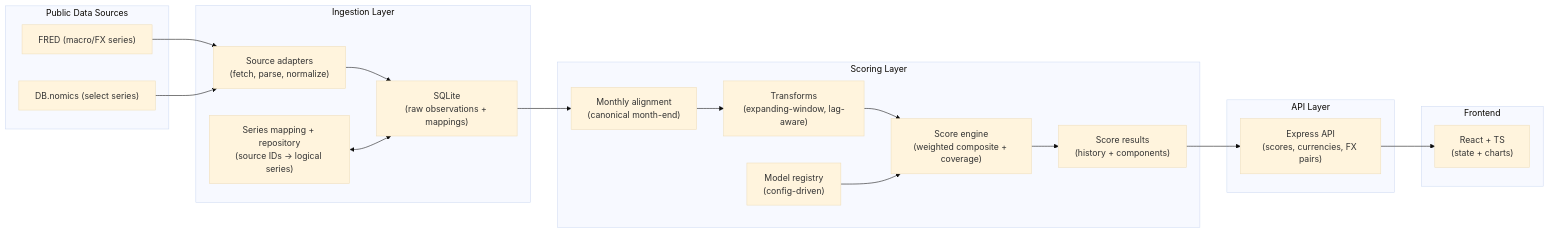
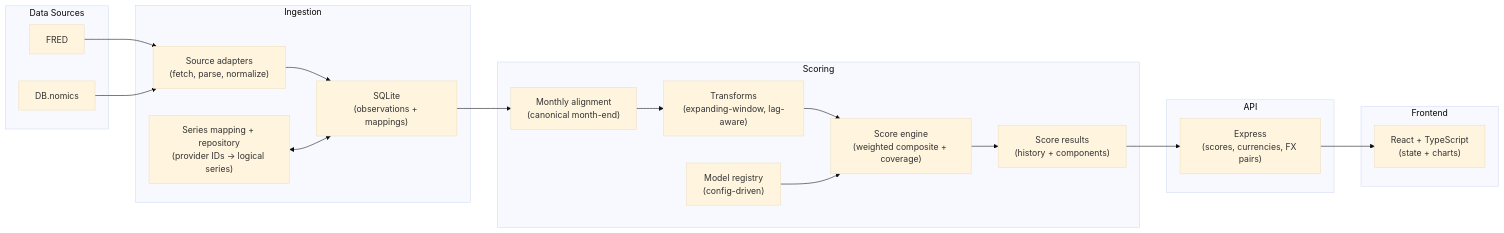
Before and after one commit to ibneturabhassan/MarketGauge-public: the diagram in architecture.md, drawn with Mermaid (base theme). The commit also changed other lines of this file and 8 other files, not shown here.

````diff
--- a/architecture.md
+++ b/architecture.md
@@ -15,37 +11,37 @@
 ```mermaid
 flowchart LR
-  subgraph Sources["Public Data Sources"]
-    FRED["FRED (macro/FX series)"]
-    DBN["DB.nomics (select series)"]
+  subgraph Sources["Data Sources"]
+    FRED["FRED"]
+    DBN["DB.nomics"]
   end
 
-  subgraph Ingest["Ingestion Layer"]
+  subgraph Ingest["Ingestion"]
     ADAPT["Source adapters\n(fetch, parse, normalize)"]
-    MAP["Series mapping + repository\n(source IDs -> logical series)"]
-    SQLITE["SQLite\n(raw observations + mappings)"]
+    MAP["Series mapping + repository\n(provider IDs -> logical series)"]
+    SQLITE["SQLite\n(observations + mappings)"]
   end
 
-  subgraph Scoring["Scoring Layer"]
+  subgraph Scoring["Scoring"]
     ALIGN["Monthly alignment\n(canonical month-end)"]
     XFORM["Transforms\n(expanding-window, lag-aware)"]
     ENGINE["Score engine\n(weighted composite + coverage)"]
     REG["Model registry\n(config-driven)"]
     RESULTS["Score results\n(history + components)"]
   end
 
-  subgraph API["API Layer"]
-    EXPRESS["Express API\n(scores, currencies, FX pairs)"]
+  subgraph API["API"]
+    EXPRESS["Express\n(scores, currencies, FX pairs)"]
   end
 
   subgraph UI["Frontend"]
-    REACT["React + TS\n(state + charts)"]
+    REACT["React + TypeScript\n(state + charts)"]
   end
 
   FRED --> ADAPT
   DBN --> ADAPT
   ADAPT --> SQLITE
   MAP <--> SQLITE
   SQLITE --> ALIGN --> XFORM --> ENGINE --> RESULTS
   REG --> ENGINE
   RESULTS --> EXPRESS --> REACT
 ```
````
